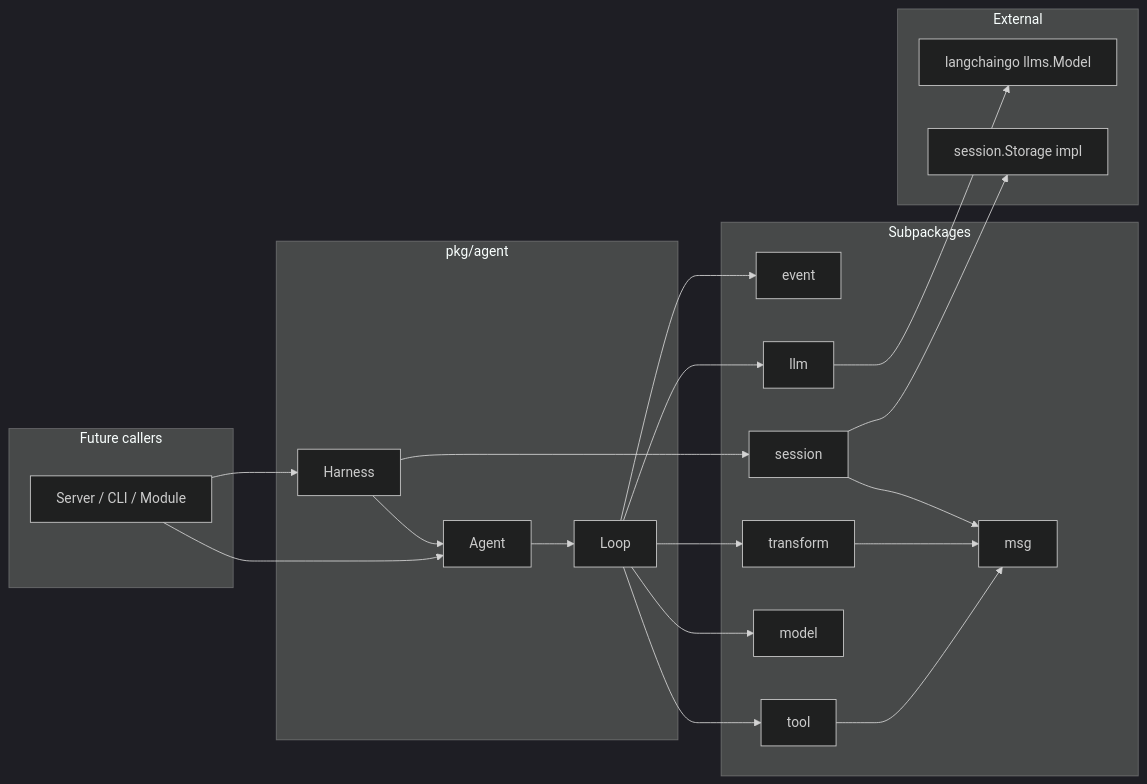
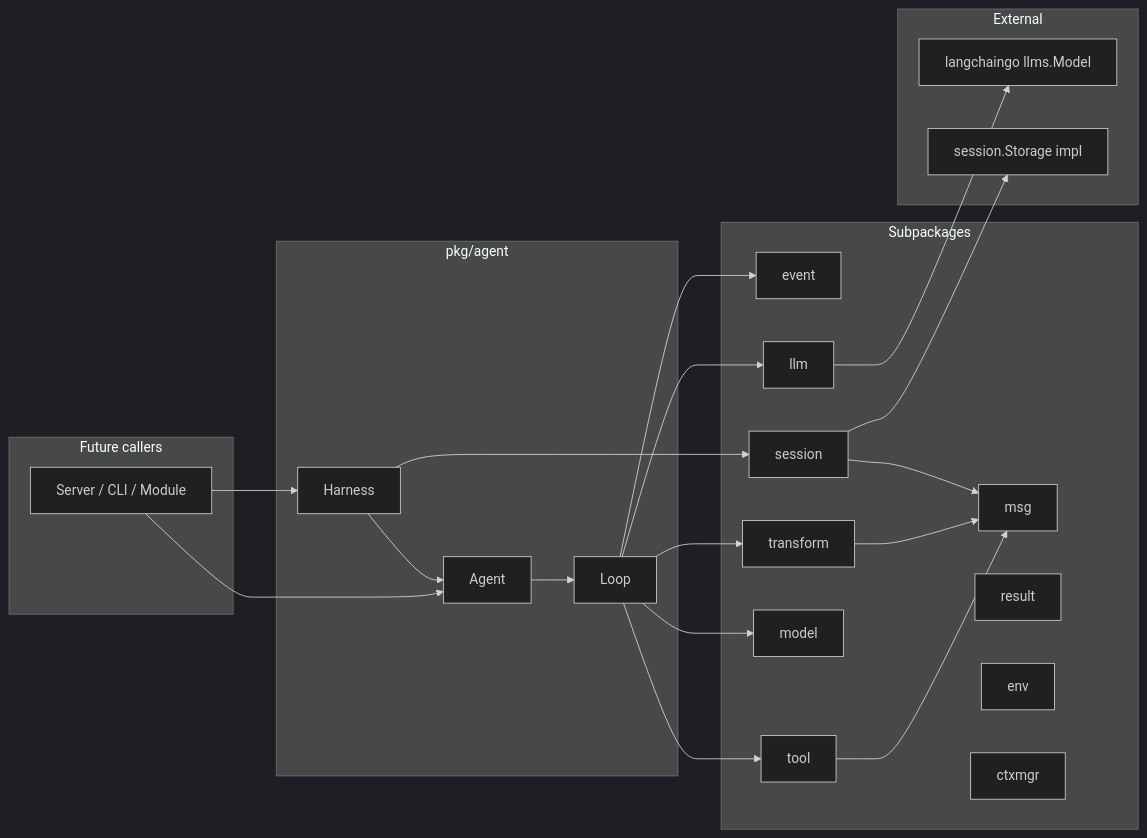
The second of 3 diagrams in docs/agent/architecture.md (flowline-io/flowbot), drawn with Mermaid (dark theme) before and after one commit. The commit also changed other lines of this file and 36 other files, not shown here.

````diff
--- a/docs/agent/architecture.md
+++ b/docs/agent/architecture.md
@@ -210,43 +210,46 @@
 ```mermaid
 flowchart LR
   subgraph consumers [Future callers]
     App[Server / CLI / Module]
   end
 
   subgraph agentPkg [pkg/agent]
     Harness
     Agent
     Loop
   end
 
   subgraph sub [Subpackages]
     msg[msg]
+    result[result]
+    env[env]
     event[event]
     tool[tool]
     transform[transform]
     session[session]
+    ctxmgr[ctxmgr]
     model[model]
     llm[llm]
   end
 
   subgraph external [External]
     LangchainGo[langchaingo llms.Model]
     Storage[session.Storage impl]
   end
 
   App --> Harness
   App --> Agent
   Harness --> Agent
   Agent --> Loop
   Loop --> tool
   Loop --> transform
   Loop --> llm
   Loop --> event
   Loop --> model
   tool --> msg
   transform --> msg
   session --> msg
   Harness --> session
   llm --> LangchainGo
   session --> Storage
 ```
````
